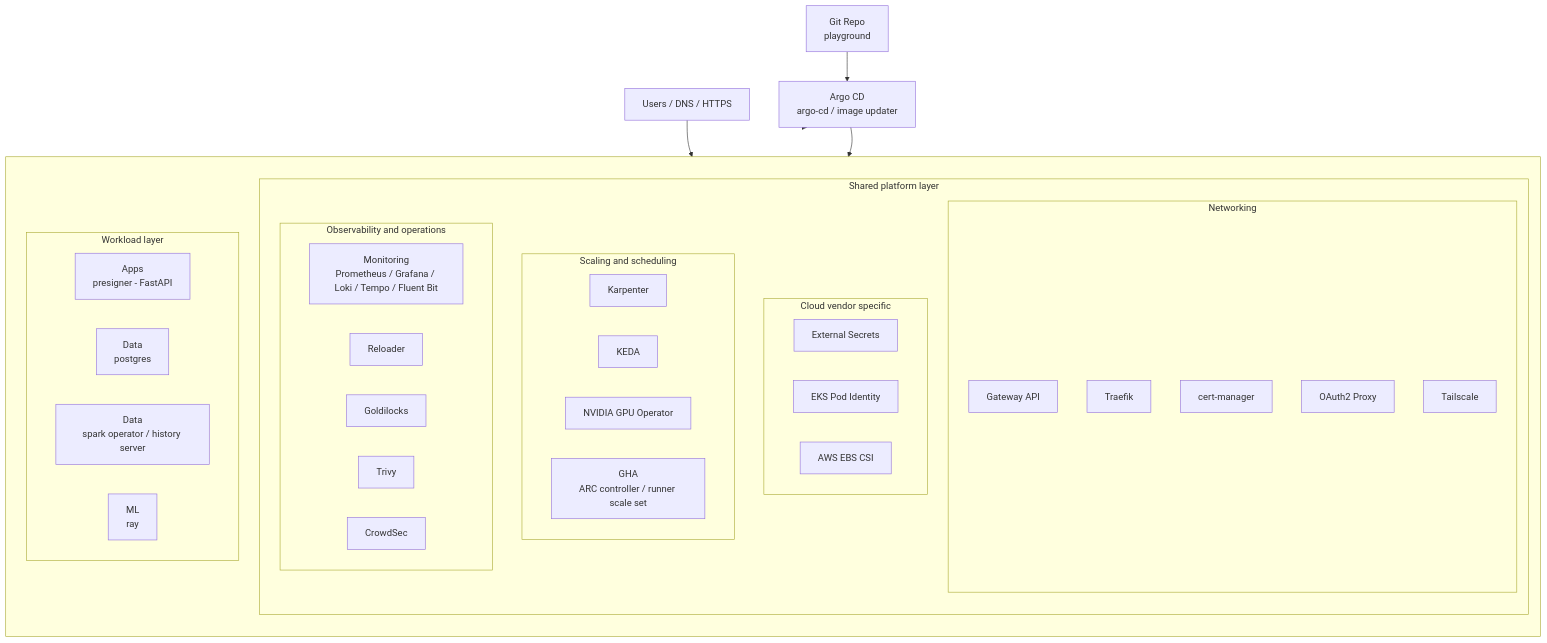
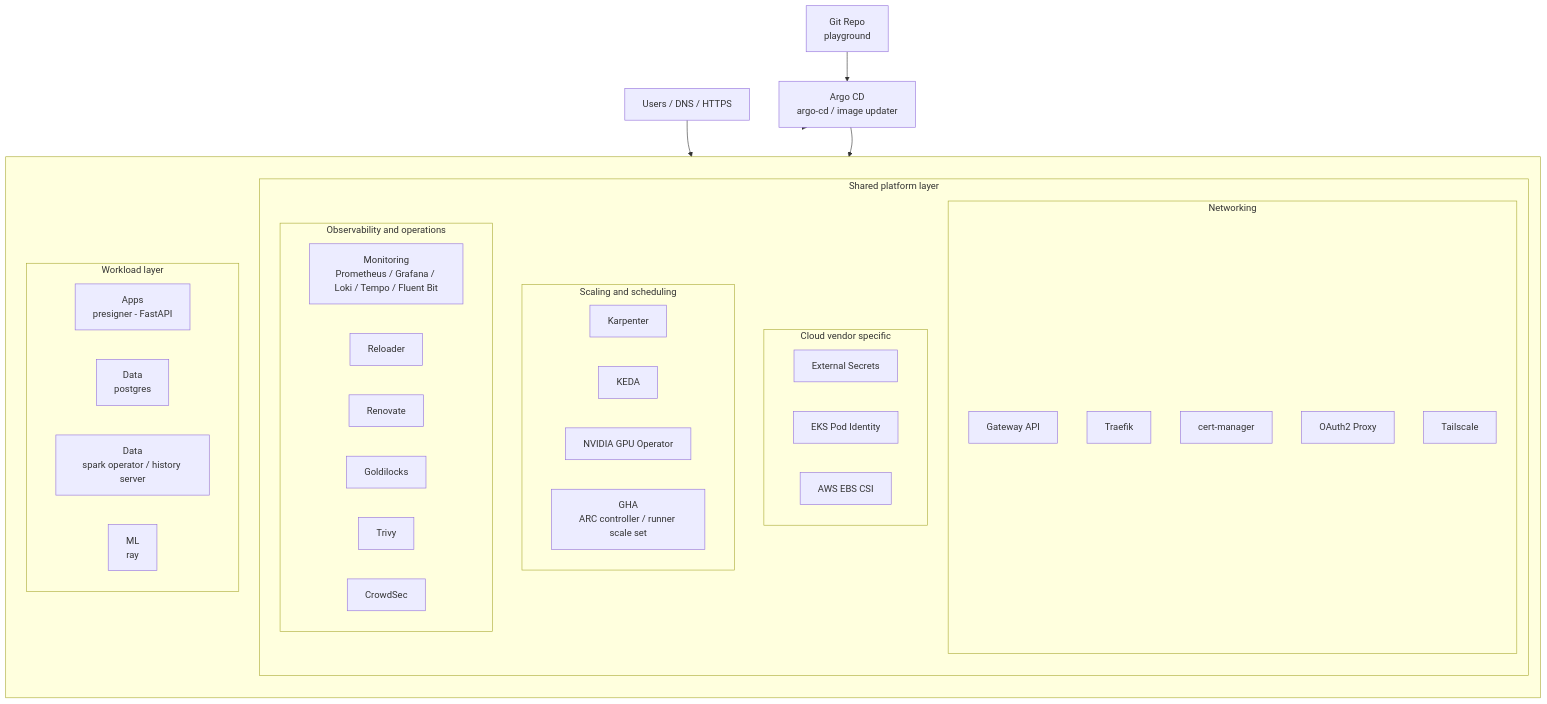
Before and after one commit to Sean-FC/playground: the diagram in README.md, drawn with Mermaid. The commit also changed 11 other files, not shown here.

````diff
--- a/README.md
+++ b/README.md
@@ -5,51 +5,52 @@
 ```mermaid
 flowchart TB
     repo["Git Repo<br/>playground"] --> argo["Argo CD<br/>argo-cd / image updater"]
 
     subgraph layers[" "]
         direction TB
 
         subgraph shared["Shared platform layer"]
             subgraph networking["Networking"]
                 gateway["Gateway API"]
                 traefik["Traefik"]
                 cert["cert-manager"]
                 auth["OAuth2 Proxy"]
                 tailscale["Tailscale"]
             end
 
             subgraph cloud["Cloud vendor specific"]
                 eso["External Secrets"]
                 podid["EKS Pod Identity"]
                 ebs["AWS EBS CSI"]
             end
 
             subgraph scaling["Scaling and scheduling"]
                 karpenter["Karpenter"]
                 keda["KEDA"]
                 gpu["NVIDIA GPU Operator"]
                 gha["GHA<br/>ARC controller / runner scale set"]
             end
 
             subgraph observability["Observability and operations"]
                 monitor["Monitoring<br/>Prometheus / Grafana / Loki / Tempo / Fluent Bit"]
                 reloader["Reloader"]
+                renovate["Renovate"]
                 goldilocks["Goldilocks"]
                 trivy["Trivy"]
                 crowdsec["CrowdSec"]
             end
         end
 
         subgraph workloads["Workload layer"]
             app["Apps<br/>presigner - FastAPI"]
             postgres["Data<br/>postgres"]
             spark["Data<br/>spark operator / history server"]
             ml["ML<br/>ray"]
         end
     end
 
     argo --> shared
     argo --> workloads
 
     users["Users / DNS / HTTPS"] --> traefik
 ```
````
